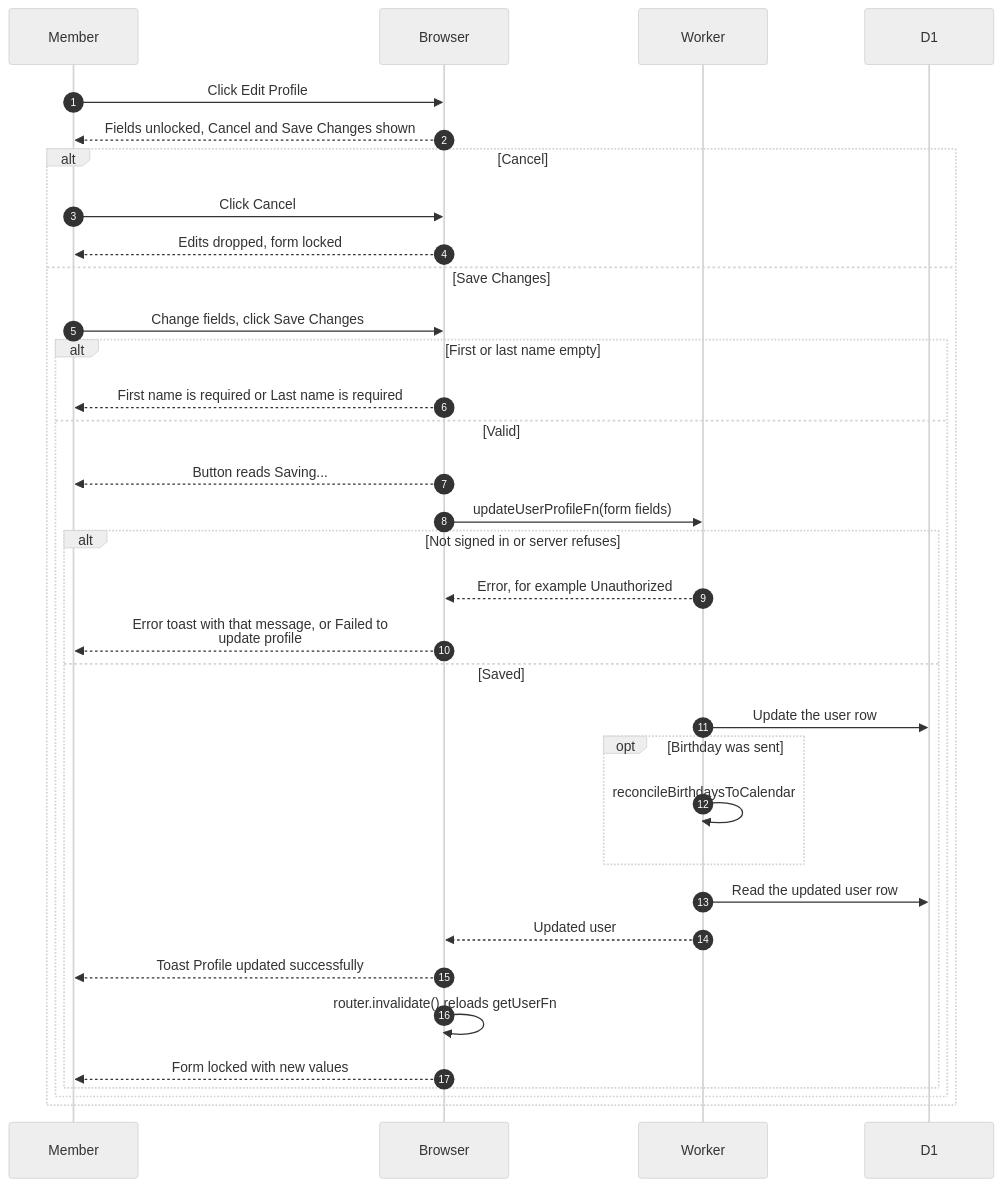
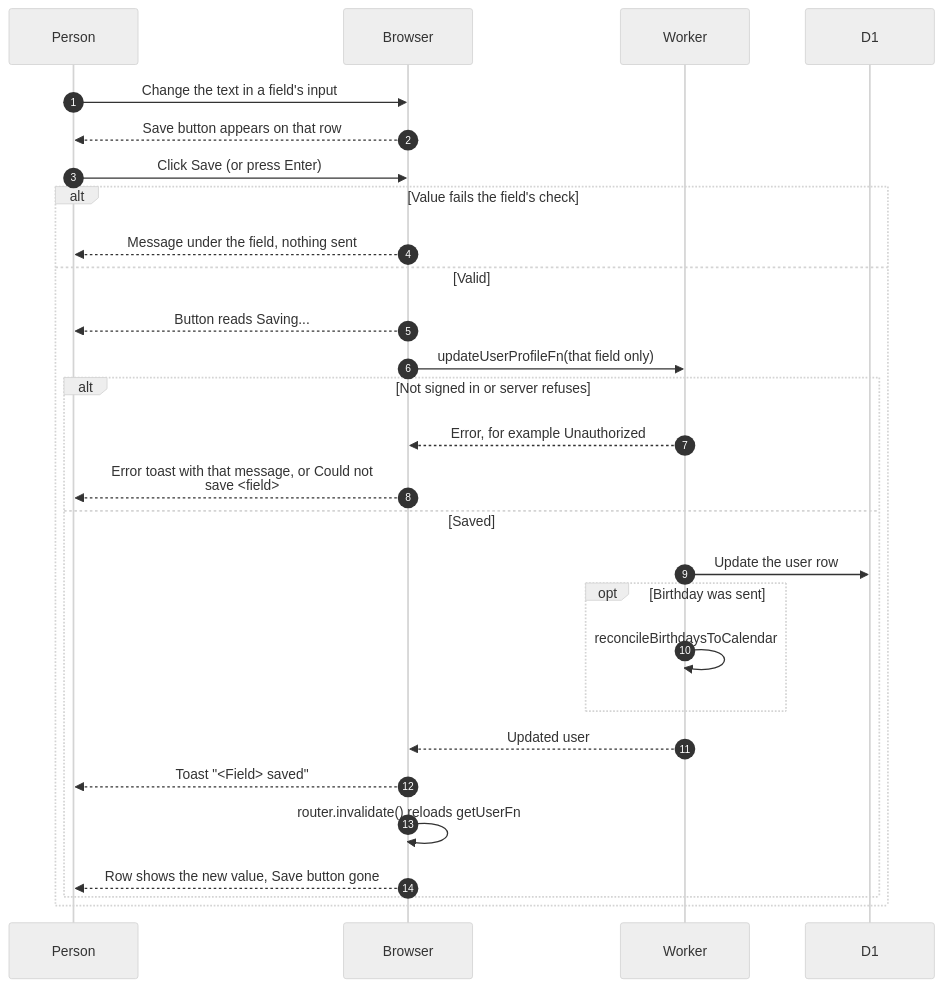
Before and after one commit to sagyzdop/meriksirat: the diagram in docs/scenarios/account/profile-edit.md, drawn with Mermaid (neutral theme). The commit also changed other lines of this file and 33 other files, not shown here.

````diff
--- a/docs/scenarios/account/profile-edit.md
+++ b/docs/scenarios/account/profile-edit.md
@@ -29,36 +33,30 @@
 ```mermaid
 sequenceDiagram
     autonumber
-    participant P as Member
+    participant P as Person
     participant B as Browser
     participant W as Worker
     participant D as D1
-    P->>B: Click Edit Profile
-    B-->>P: Fields unlocked, Cancel and Save Changes shown
-    alt Cancel
-        P->>B: Click Cancel
-        B-->>P: Edits dropped, form locked
-    else Save Changes
-        P->>B: Change fields, click Save Changes
-        alt First or last name empty
-            B-->>P: First name is required or Last name is required
-        else Valid
-            B-->>P: Button reads Saving...
-            B->>W: updateUserProfileFn(form fields)
-            alt Not signed in or server refuses
-                W-->>B: Error, for example Unauthorized
-                B-->>P: Error toast with that message, or Failed to<br/>update profile
-            else Saved
-                W->>D: Update the user row
-                opt Birthday was sent
-                    W->>W: reconcileBirthdaysToCalendar
-                end
-                W->>D: Read the updated user row
-                W-->>B: Updated user
-                B-->>P: Toast Profile updated successfully
-                B->>B: router.invalidate() reloads getUserFn
-                B-->>P: Form locked with new values
+    P->>B: Change the text in a field's input
+    B-->>P: Save button appears on that row
+    P->>B: Click Save (or press Enter)
+    alt Value fails the field's check
+        B-->>P: Message under the field, nothing sent
+    else Valid
+        B-->>P: Button reads Saving...
+        B->>W: updateUserProfileFn(that field only)
+        alt Not signed in or server refuses
+            W-->>B: Error, for example Unauthorized
+            B-->>P: Error toast with that message, or Could not<br/>save <field>
+        else Saved
+            W->>D: Update the user row
+            opt Birthday was sent
+                W->>W: reconcileBirthdaysToCalendar
             end
+            W-->>B: Updated user
+            B-->>P: Toast "<Field> saved"
+            B->>B: router.invalidate() reloads getUserFn
+            B-->>P: Row shows the new value, Save button gone
         end
     end
 ```
````
